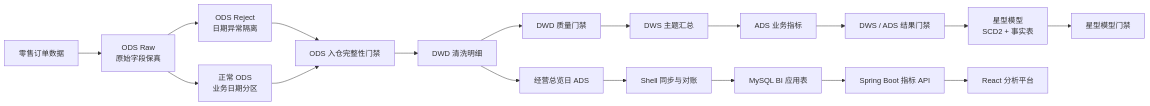
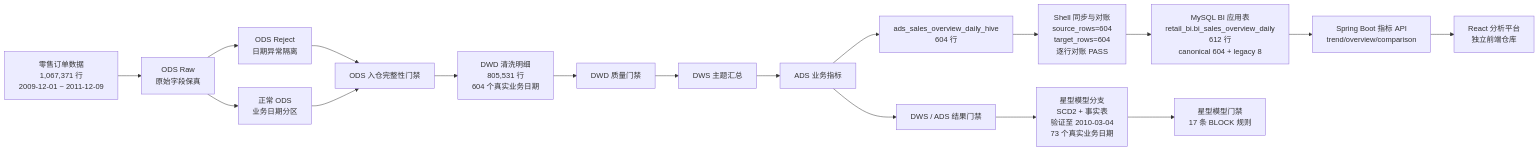
One commit to 2026heita/retail_project changed the diagram in README.md. Above: the diagram before and after it, drawn with Mermaid. The commit also changed other lines of this file and 2 other files, not shown here.

Commit message:
docs: refine canonical validation documentation

````diff
--- a/README.md
+++ b/README.md
@@ -78,24 +78,24 @@
 ```mermaid
 flowchart LR
-    SRC["零售订单数据"] --> RAW["ODS Raw<br/>原始字段保真"]
+    SRC["零售订单数据<br/>1,067,371 行<br/>2009-12-01 ~ 2011-12-09"] --> RAW["ODS Raw<br/>原始字段保真"]
     RAW --> REJECT["ODS Reject<br/>日期异常隔离"]
     RAW --> ODS["正常 ODS<br/>业务日期分区"]
 
     REJECT --> G0["ODS 入仓完整性门禁"]
     ODS --> G0
-    G0 --> DWD["DWD 清洗明细"]
+    G0 --> DWD["DWD 清洗明细<br/>805,531 行<br/>604 个真实业务日期"]
     DWD --> G1["DWD 质量门禁"]
 
     G1 --> DWS["DWS 主题汇总"]
     DWS --> ADS["ADS 业务指标"]
     ADS --> G2["DWS / ADS 结果门禁"]
 
-    G2 --> STAR["星型模型<br/>SCD2 + 事实表"]
-    STAR --> G3["星型模型门禁"]
+    ADS --> BIADS["ads_sales_overview_daily_hive<br/>604 行"]
+    BIADS --> SYNC["Shell 同步与对账<br/>source_rows=604<br/>target_rows=604<br/>逐行对账 PASS"]
+    SYNC --> MYSQL["MySQL BI 应用表<br/>retail_bi.bi_sales_overview_daily<br/>612 行<br/>canonical 604 + legacy 8"]
+    MYSQL --> API["Spring Boot 指标 API<br/>trend/overview/comparison"]
+    API --> WEB["React 分析平台<br/>独立前端仓库"]
 
-    DWD --> BIADS["经营总览日 ADS"]
-    BIADS --> SYNC["Shell 同步与对账"]
-    SYNC --> MYSQL["MySQL BI 应用表"]
-    MYSQL --> API["Spring Boot 指标 API"]
-    API --> WEB["React 分析平台"]
+    G2 --> STAR["星型模型分支<br/>SCD2 + 事实表<br/>验证至 2010-03-04<br/>73 个真实业务日期"]
+    STAR --> G3["星型模型门禁<br/>17 条 BLOCK 规则"]
 ```
````
